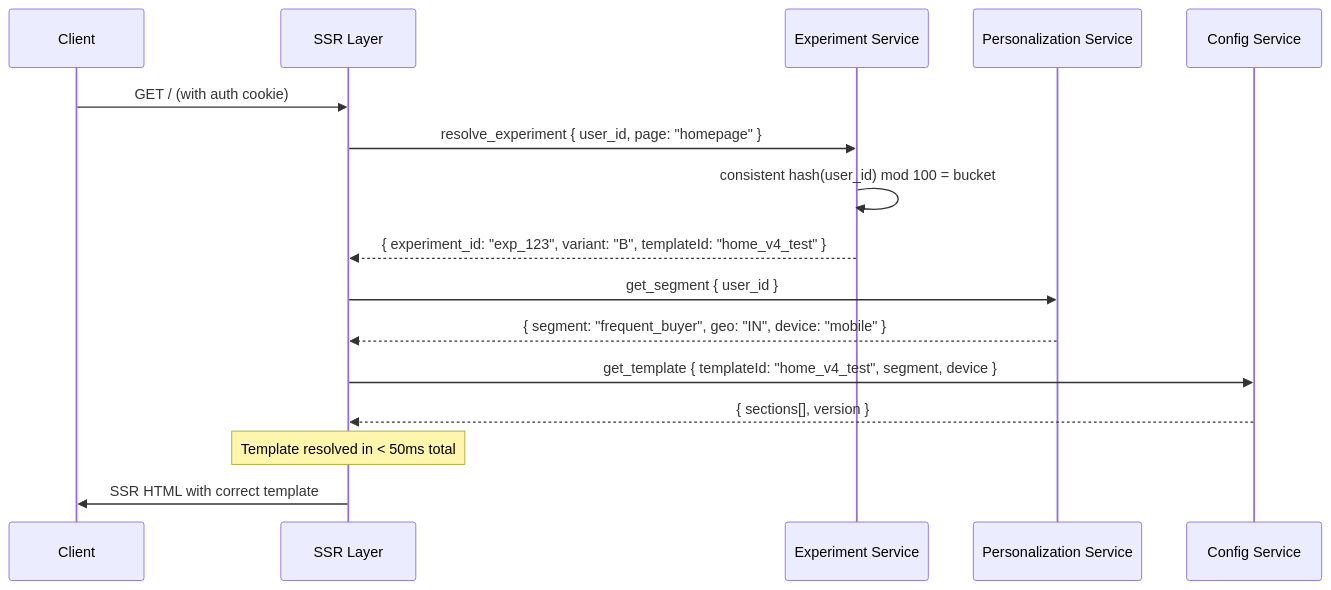
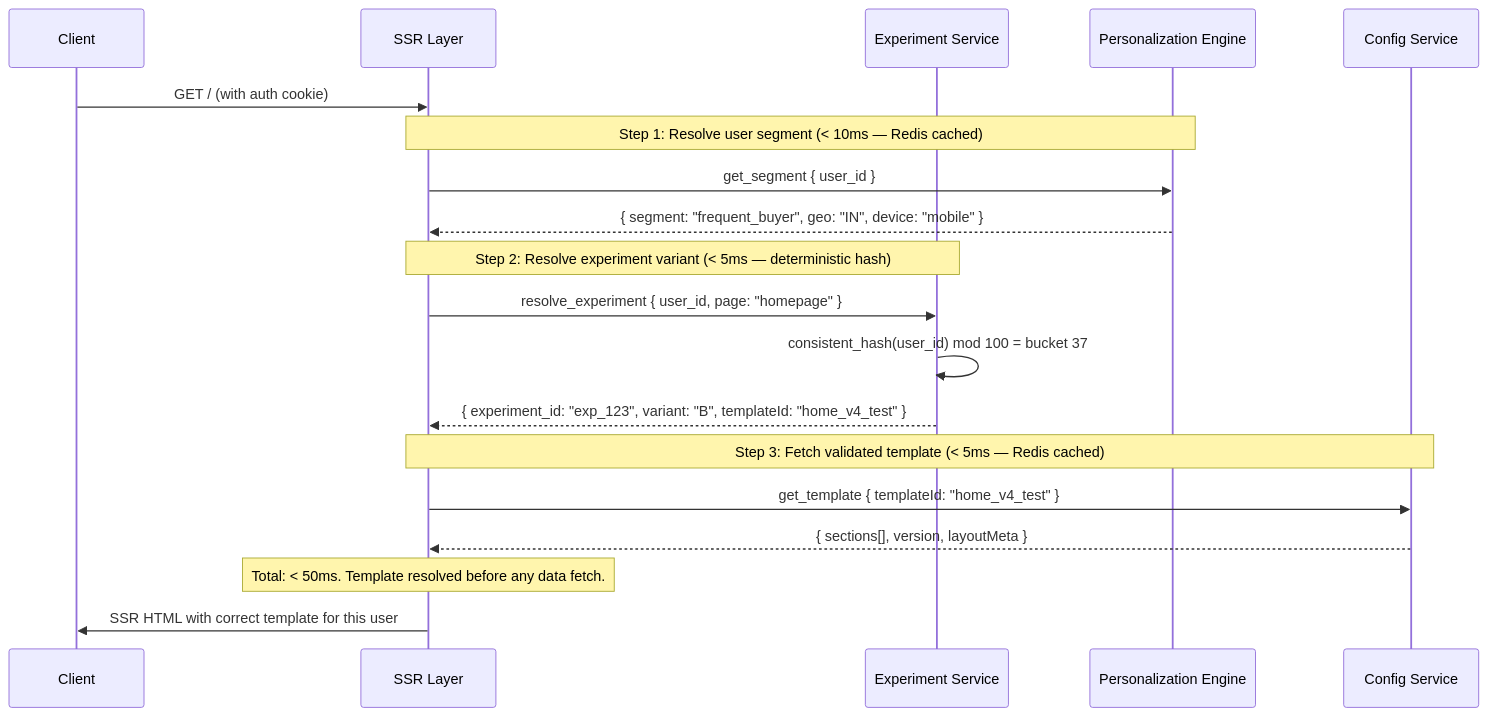
The third of 3 diagrams in system-design/config-driven-shopping-cart-homepage.md (shyamalm88/MechineCoding), drawn with Mermaid before and after one commit. The commit also changed other lines of this file and 1 other file, not shown here.

Commit message:
updated payment gateway, config driven shopping cart

````diff
--- a/system-design/config-driven-shopping-cart-homepage.md
+++ b/system-design/config-driven-shopping-cart-homepage.md
@@ -480,22 +667,26 @@
 ```mermaid
 sequenceDiagram
     participant Client as Client
     participant SSR as SSR Layer
     participant ExpSvc as Experiment Service
-    participant PersonSvc as Personalization Service
+    participant PersonSvc as Personalization Engine
     participant ConfigSvc as Config Service
 
     Client->>SSR: GET / (with auth cookie)
-    SSR->>ExpSvc: resolve_experiment { user_id, page: "homepage" }
-    ExpSvc->>ExpSvc: consistent hash(user_id) mod 100 = bucket
-    ExpSvc-->>SSR: { experiment_id: "exp_123", variant: "B", templateId: "home_v4_test" }
 
+    Note over SSR,PersonSvc: Step 1: Resolve user segment (< 10ms — Redis cached)
     SSR->>PersonSvc: get_segment { user_id }
     PersonSvc-->>SSR: { segment: "frequent_buyer", geo: "IN", device: "mobile" }
 
-    SSR->>ConfigSvc: get_template { templateId: "home_v4_test", segment, device }
-    ConfigSvc-->>SSR: { sections[], version }
+    Note over SSR,ExpSvc: Step 2: Resolve experiment variant (< 5ms — deterministic hash)
+    SSR->>ExpSvc: resolve_experiment { user_id, page: "homepage" }
+    ExpSvc->>ExpSvc: consistent_hash(user_id) mod 100 = bucket 37
+    ExpSvc-->>SSR: { experiment_id: "exp_123", variant: "B", templateId: "home_v4_test" }
 
-    Note over SSR: Template resolved in < 50ms total
-    SSR->>Client: SSR HTML with correct template
+    Note over SSR,ConfigSvc: Step 3: Fetch validated template (< 5ms — Redis cached)
+    SSR->>ConfigSvc: get_template { templateId: "home_v4_test" }
+    ConfigSvc-->>SSR: { sections[], version, layoutMeta }
+
+    Note over SSR: Total: < 50ms. Template resolved before any data fetch.
+    SSR->>Client: SSR HTML with correct template for this user
 ```
````
